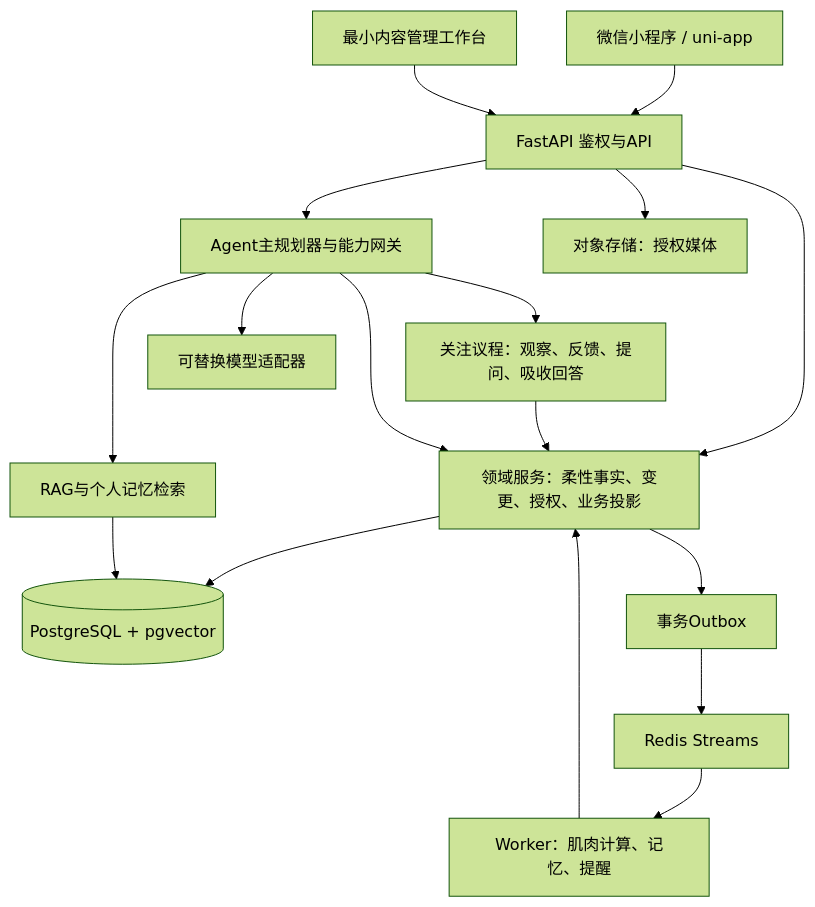
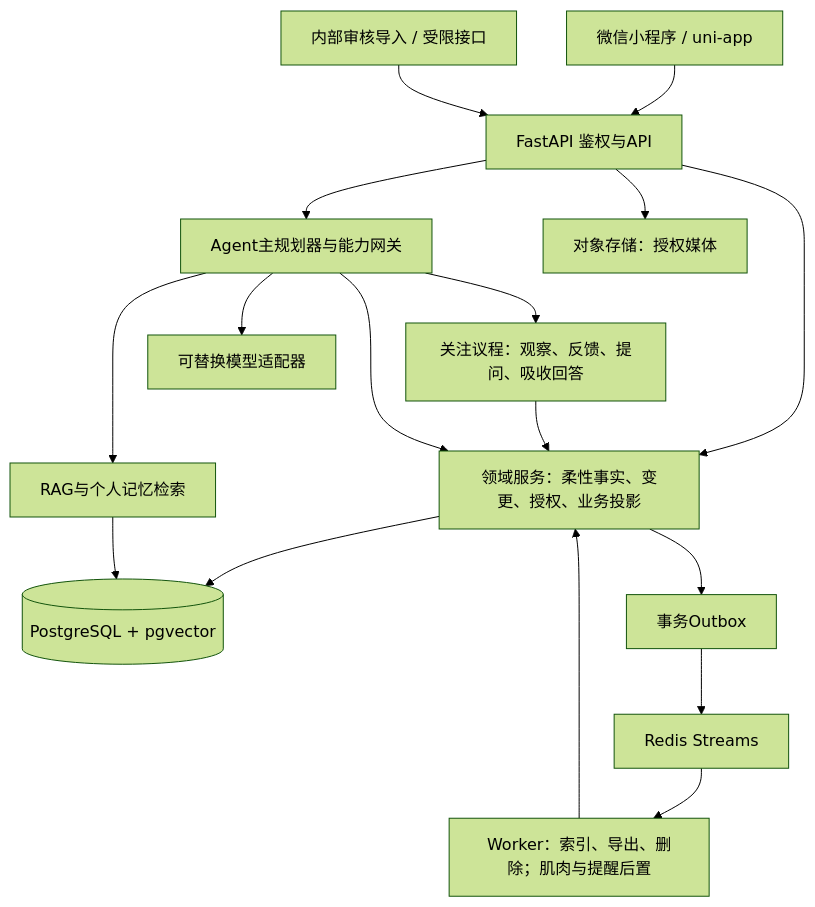
Before and after one commit to mengyu-96/FitMind: the diagram in docs/02-项目总体设计.md, drawn with Mermaid (forest theme). The commit also changed other lines of this file and 27 other files, not shown here.

````diff
--- a/docs/02-项目总体设计.md
+++ b/docs/02-项目总体设计.md
@@ -13,19 +15,19 @@
 ```mermaid
 flowchart TD
   U[微信小程序 / uni-app] --> A[FastAPI 鉴权与API]
-  W[最小内容管理工作台] --> A
+  W[内部审核导入 / 受限接口] --> A
   A --> B[领域服务：柔性事实、变更、授权、业务投影]
   A --> G[Agent主规划器与能力网关]
   G --> I[关注议程：观察、反馈、提问、吸收回答]
   I --> B
   G --> B
   G --> R[RAG与个人记忆检索]
   G --> L[可替换模型适配器]
   B --> P[(PostgreSQL + pgvector)]
   R --> P
   B --> O[事务Outbox]
   O --> Q[Redis Streams]
-  Q --> J[Worker：肌肉计算、记忆、提醒]
+  Q --> J[Worker：索引、导出、删除；肌肉与提醒后置]
   J --> B
   A --> S[对象存储：授权媒体]
 ```
````
